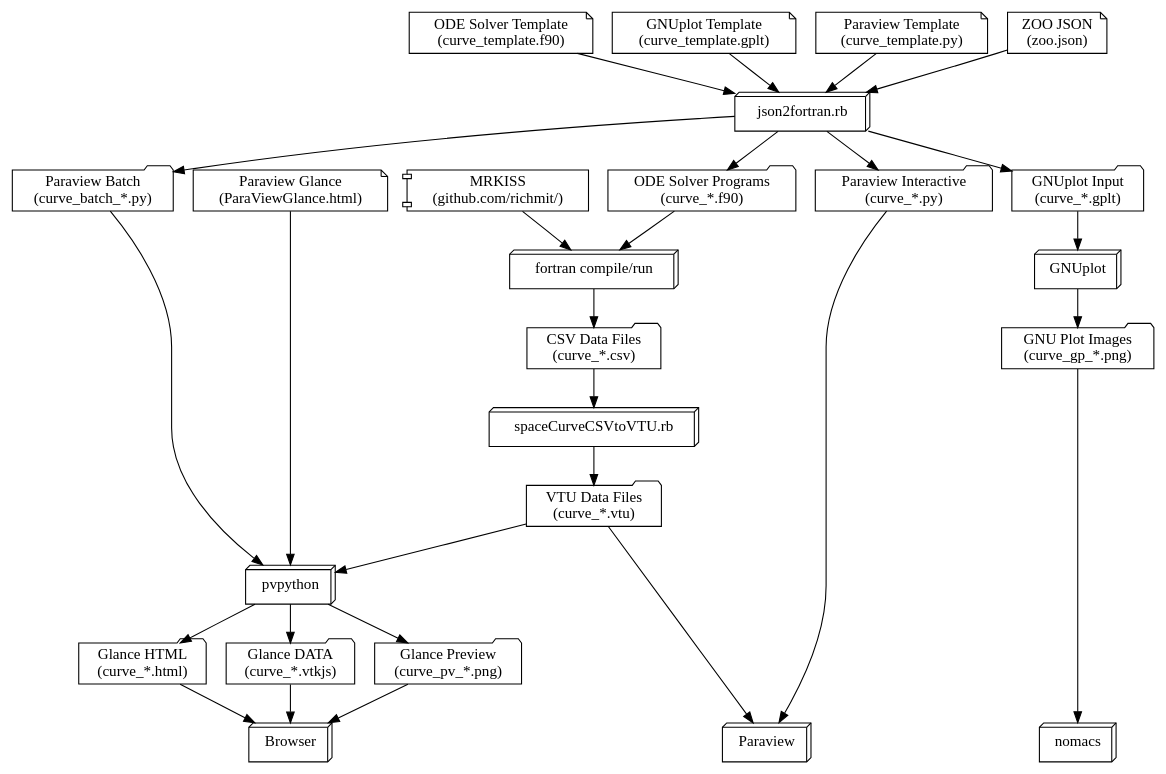
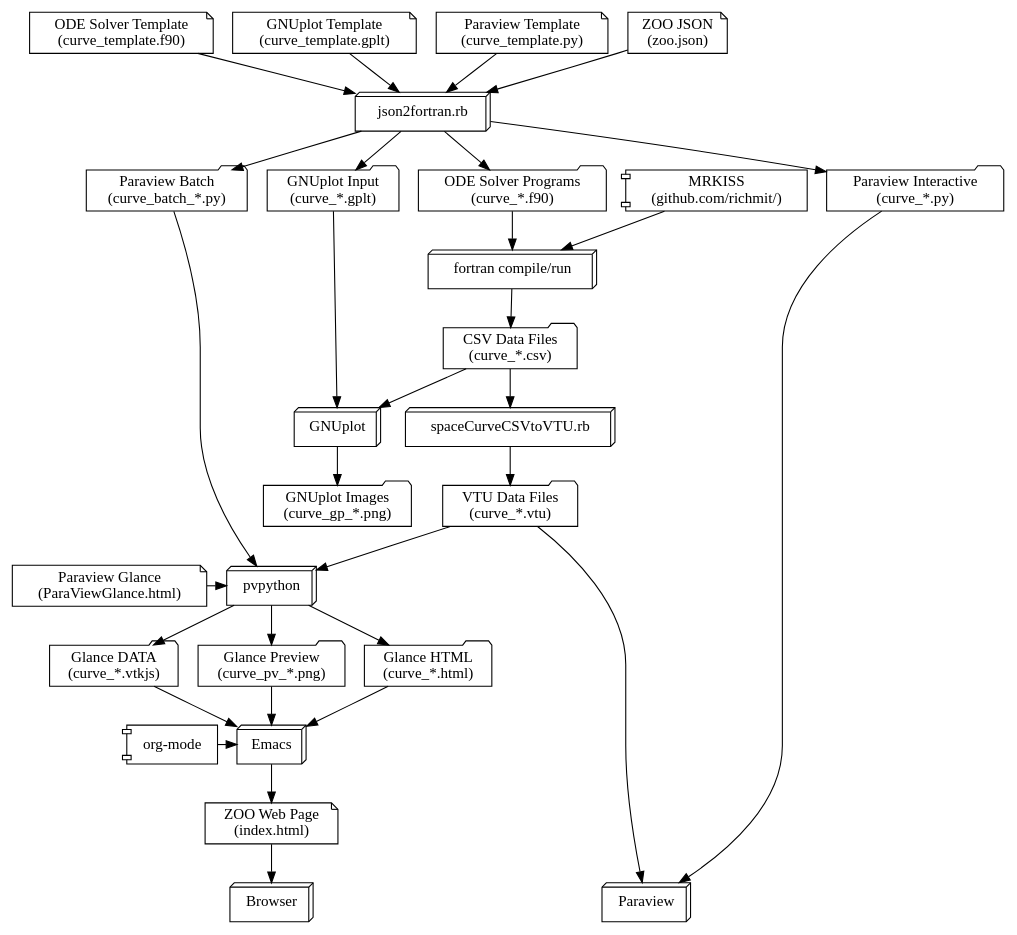
The diagram in docs/dev.org (richmit/StrangeAttractorZoo), drawn with Graphviz before and after one commit. The commit also changed 168 other files, not shown here.

```diff
--- a/docs/dev.org
+++ b/docs/dev.org
@@ -62,15 +62,17 @@
     "ODE Solver Programs\n(curve_*.f90)" -> "fortran compile/run";
 
     "CSV Data Files\n(curve_*.csv)" [shape="folder"];
-    "GNU Plot Images\n(curve_gp_*.png)" [shape="folder"];
+    "GNUplot Images\n(curve_gp_*.png)" [shape="folder"];
 
     "fortran compile/run" -> "CSV Data Files\n(curve_*.csv)";
-    "GNUplot"             -> "GNU Plot Images\n(curve_gp_*.png)";
+    "GNUplot"             -> "GNUplot Images\n(curve_gp_*.png)";
     "GNUplot Input\n(curve_*.gplt)" -> "GNUplot";
 
     "spaceCurveCSVtoVTU.rb" [shape="box3d"];
 
     "CSV Data Files\n(curve_*.csv)" -> "spaceCurveCSVtoVTU.rb";
+
+    "CSV Data Files\n(curve_*.csv)" -> "GNUplot";
 
     "VTU Data Files\n(curve_*.vtu)" [shape="folder"];
 
@@ -92,29 +94,38 @@
     "Paraview Batch\n(curve_batch_*.py)" -> "pvpython";
 
     "Browser" [shape="box3d"];
+    "Emacs" [shape="box3d"];
 
-    "Glance HTML\n(curve_*.html)" -> "Browser";
-    "Glance DATA\n(curve_*.vtkjs)" -> "Browser";
-    "Glance Preview\n(curve_pv_*.png)" -> "Browser";
+    "Glance HTML\n(curve_*.html)" -> "Emacs";
+    "Glance DATA\n(curve_*.vtkjs)" -> "Emacs";
+    "Glance Preview\n(curve_pv_*.png)" -> "Emacs";
 
     "Paraview" [shape="box3d"];
 
     "Paraview Interactive\n(curve_*.py)" -> "Paraview"
     "VTU Data Files\n(curve_*.vtu)" -> "Paraview";
 
-    "nomacs" [shape="box3d"];
-    "GNU Plot Images\n(curve_gp_*.png)" -> "nomacs";
+   "ZOO Web Page\n(index.html)" [shape="note"];
+
 
     { rank = min;  "ODE Solver Template\n(curve_template.f90)"; "GNUplot Template\n(curve_template.gplt)"; "Paraview Template\n(curve_template.py)"; "ZOO JSON\n(zoo.json)" }
     { rank = same; "json2fortran.rb"; }
-    { rank = same;  "MRKISS\n(github.com/richmit/)"; "ODE Solver Programs\n(curve_*.f90)"; "GNUplot Input\n(curve_*.gplt)"; "Paraview Batch\n(curve_batch_*.py)"; "Paraview Glance\n(ParaViewGlance.html)"; "Paraview Interactive\n(curve_*.py)"; }
-    { rank = same; "fortran compile/run"; "GNUplot"; }
-    { rank = same; "CSV Data Files\n(curve_*.csv)"; "GNU Plot Images\n(curve_gp_*.png)"; }
-    { rank = same; "spaceCurveCSVtoVTU.rb"; }
-    { rank = same; "VTU Data Files\n(curve_*.vtu)"; }
+    { rank = same;  "MRKISS\n(github.com/richmit/)"; "ODE Solver Programs\n(curve_*.f90)"; "GNUplot Input\n(curve_*.gplt)"; "Paraview Batch\n(curve_batch_*.py)"; "Paraview Interactive\n(curve_*.py)"; }
+    { rank = same; "Paraview Glance\n(ParaViewGlance.html)"; "pvpython"; }
+    { rank = same; "fortran compile/run"; }
+    { rank = same; "CSV Data Files\n(curve_*.csv)"; }
+    { rank = same; "spaceCurveCSVtoVTU.rb"; "GNUplot"; }
+    { rank = same; "VTU Data Files\n(curve_*.vtu)"; "GNUplot Images\n(curve_gp_*.png)"; }
     { rank = same; "Glance HTML\n(curve_*.html)"; "Glance DATA\n(curve_*.vtkjs)"; "Glance Preview\n(curve_pv_*.png)"; }
+    {rank = same;     "org-mode"; "Emacs"; }
+    { rank = max;  "Browser"; "Paraview";  }
 
-    { rank = max;  "Browser"; "Paraview"; "nomacs" }
+    "org-mode" [shape="component"];
+    "org-mode" -> "Emacs"
+
+   "Emacs" -> "ZOO Web Page\n(index.html)";
+
+   "ZOO Web Page\n(index.html)" -> "Browser";
 
     "ODE Solver Template\n(curve_template.f90)" -> "json2fortran.rb";
     "GNUplot Template\n(curve_template.gplt)" -> "json2fortran.rb";
```
